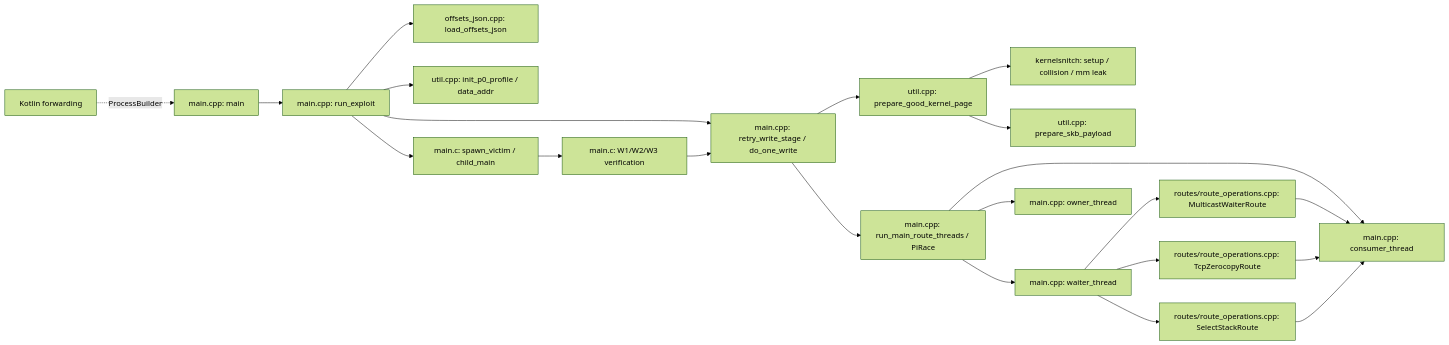
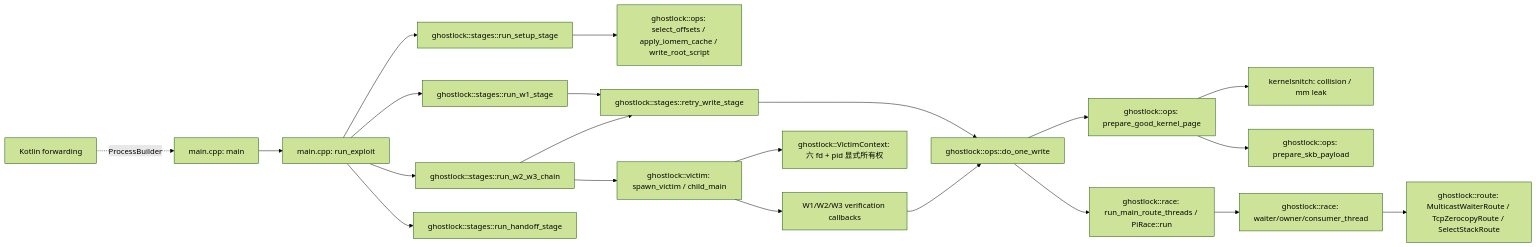
One commit to YuKongA/ghostlock-app changed the first of 5 diagrams in analysis/all-functions-callgraph.md. Above: the diagram before and after it, drawn with Mermaid (forest theme). The commit also changed other lines of this file and 8 other files, not shown here.

````diff
--- a/analysis/all-functions-callgraph.md
+++ b/analysis/all-functions-callgraph.md
@@ -7,24 +11,23 @@
 ```mermaid
 flowchart LR
     K["Kotlin forwarding"] -. ProcessBuilder .-> Entry["main.cpp: main"]
     Entry --> RX["main.cpp: run_exploit"]
-    RX --> Profile["offsets_json.cpp: load_offsets_json"]
-    RX --> Addr["util.cpp: init_p0_profile / data_addr"]
-    RX --> Write["main.cpp: retry_write_stage / do_one_write"]
-    Write --> Heap["util.cpp: prepare_good_kernel_page"]
-    Heap --> KS["kernelsnitch: setup / collision / mm leak"]
-    Heap --> Payload["util.cpp: prepare_skb_payload"]
-    Write --> Race["main.cpp: run_main_route_threads / PiRace"]
-    Race --> Waiter["main.cpp: waiter_thread"]
-    Race --> Owner["main.cpp: owner_thread"]
-    Race --> Consumer["main.cpp: consumer_thread"]
-    Waiter --> M["routes/route_operations.cpp: MulticastWaiterRoute"]
-    Waiter --> T["routes/route_operations.cpp: TcpZerocopyRoute"]
-    Waiter --> P["routes/route_operations.cpp: SelectStackRoute"]
-    M --> Consumer
-    T --> Consumer
-    P --> Consumer
-    RX --> Victim["main.c: spawn_victim / child_main"]
-    Victim --> Verify["main.c: W1/W2/W3 verification"]
+    RX --> Setup["ghostlock::stages::run_setup_stage"]
+    RX --> W1["ghostlock::stages::run_w1_stage"]
+    RX --> Chain["ghostlock::stages::run_w2_w3_chain"]
+    RX --> Handoff["ghostlock::stages::run_handoff_stage"]
+    Setup --> Ops["ghostlock::ops: select_offsets / apply_iomem_cache / write_root_script"]
+    W1 --> Retry["ghostlock::stages::retry_write_stage"]
+    Chain --> Retry
+    Retry --> Write["ghostlock::ops::do_one_write"]
+    Write --> Heap["ghostlock::ops: prepare_good_kernel_page"]
+    Heap --> KS["kernelsnitch: collision / mm leak"]
+    Heap --> Payload["ghostlock::ops: prepare_skb_payload"]
+    Write --> Race["ghostlock::race: run_main_route_threads / PiRace::run"]
+    Race --> Threads["ghostlock::race: waiter/owner/consumer_thread"]
+    Threads --> Routes["ghostlock::route: MulticastWaiterRoute / TcpZerocopyRoute / SelectStackRoute"]
+    Chain --> Victim["ghostlock::victim: spawn_victim / child_main"]
+    Victim --> VC["ghostlock::VictimContext: 六 fd + pid 显式所有权"]
+    Victim --> Verify["W1/W2/W3 verification callbacks"]
     Verify --> Write
 ```
````
